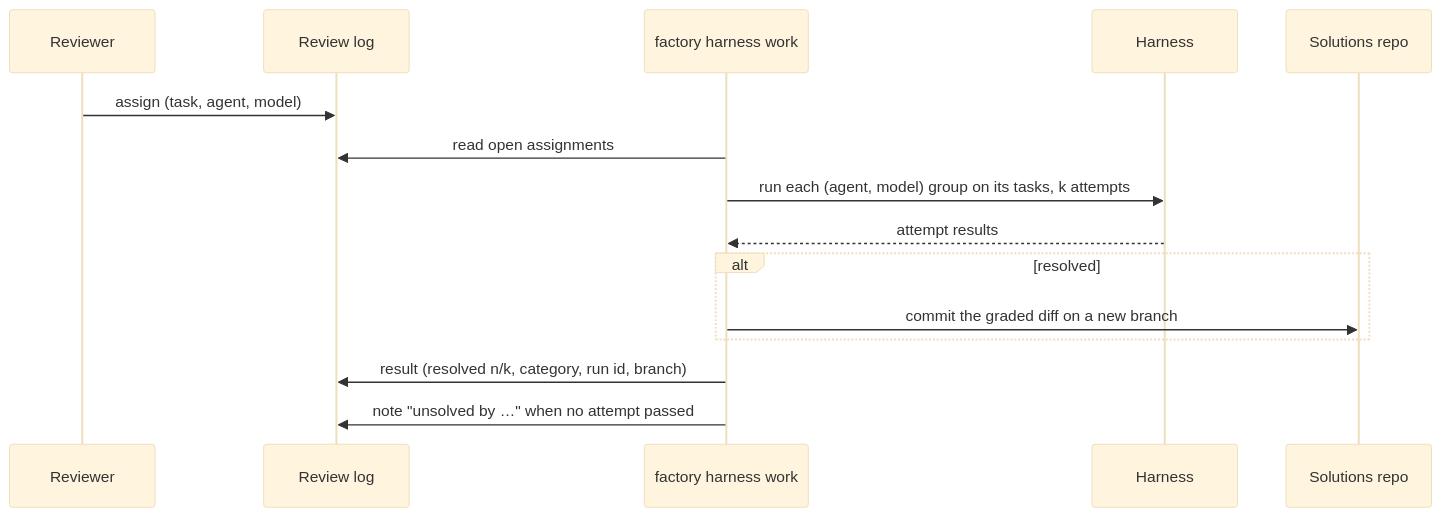
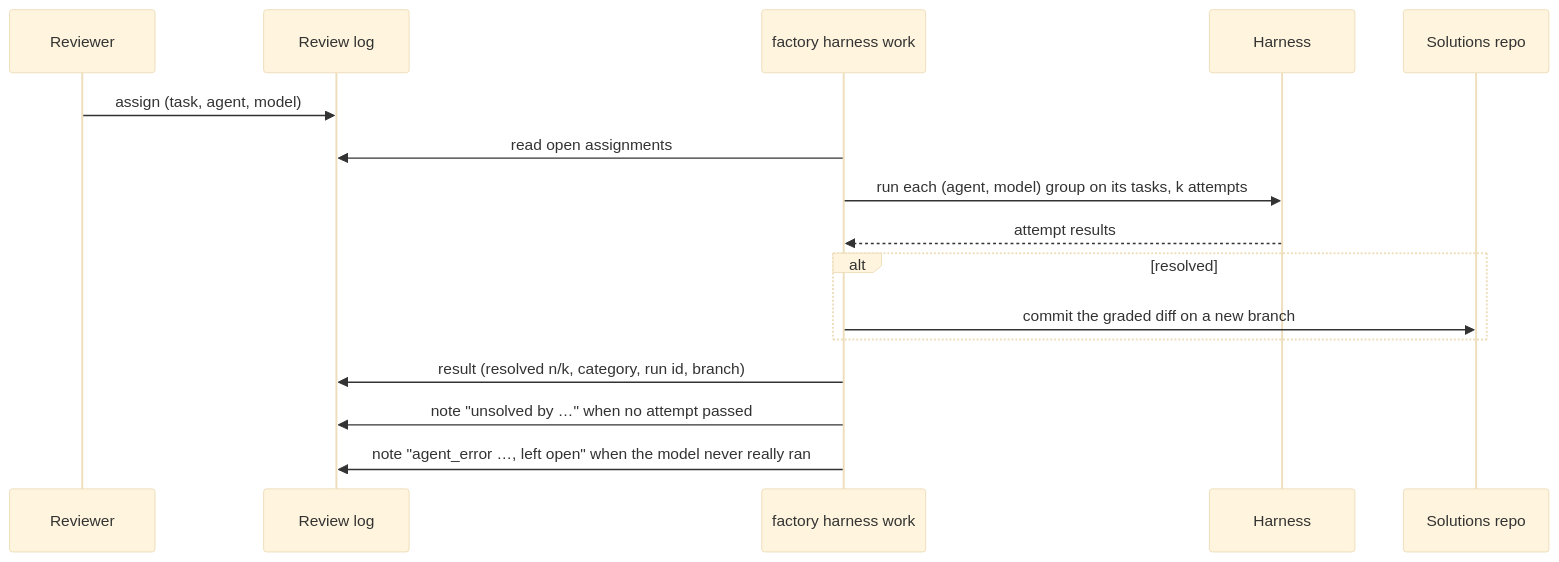
Before and after one commit to sreenivasivbieb/task-factory: diagram 12 of 14 in docs/design.md, drawn with Mermaid (base theme). The commit also changed other lines of this file and 27 other files, not shown here.

````diff
--- a/docs/design.md
+++ b/docs/design.md
@@ -728,17 +777,18 @@
 ```mermaid
 sequenceDiagram
     participant R as Reviewer
     participant L as Review log
     participant W as factory harness work
     participant H as Harness
     participant S as Solutions repo
     R->>L: assign (task, agent, model)
     W->>L: read open assignments
     W->>H: run each (agent, model) group on its tasks, k attempts
     H-->>W: attempt results
     alt resolved
         W->>S: commit the graded diff on a new branch
     end
     W->>L: result (resolved n/k, category, run id, branch)
     W->>L: note "unsolved by …" when no attempt passed
+    W->>L: note "agent_error …, left open" when the model never really ran
 ```
````
